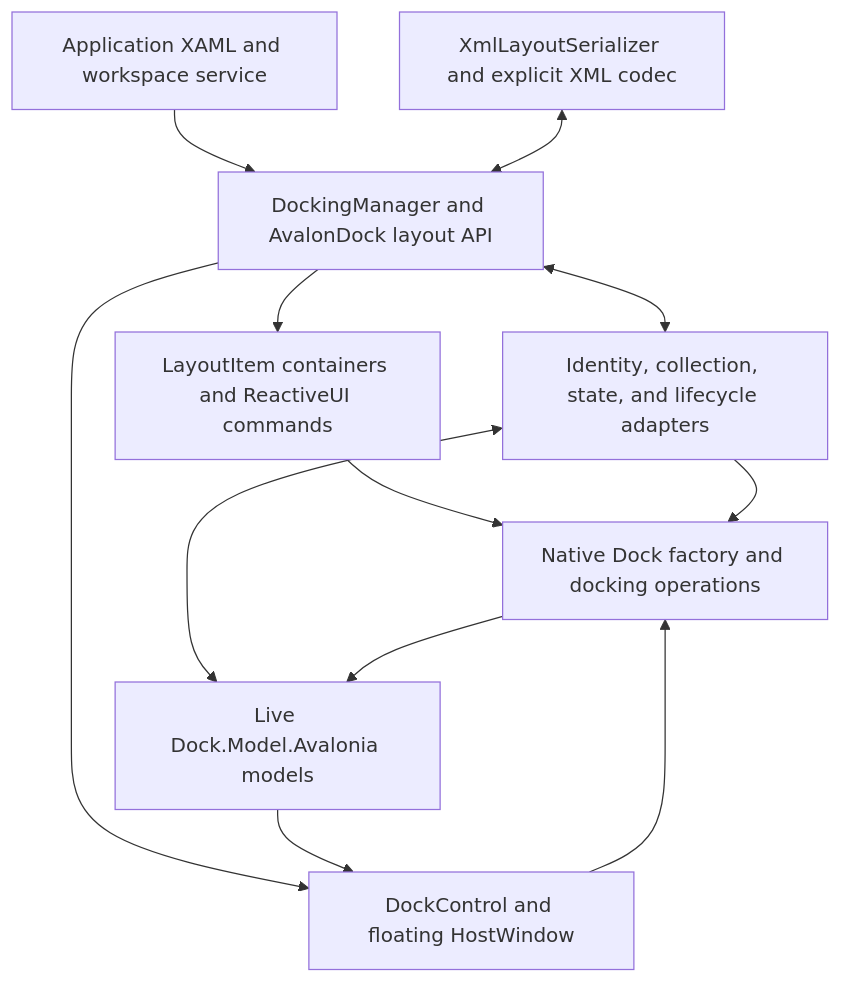
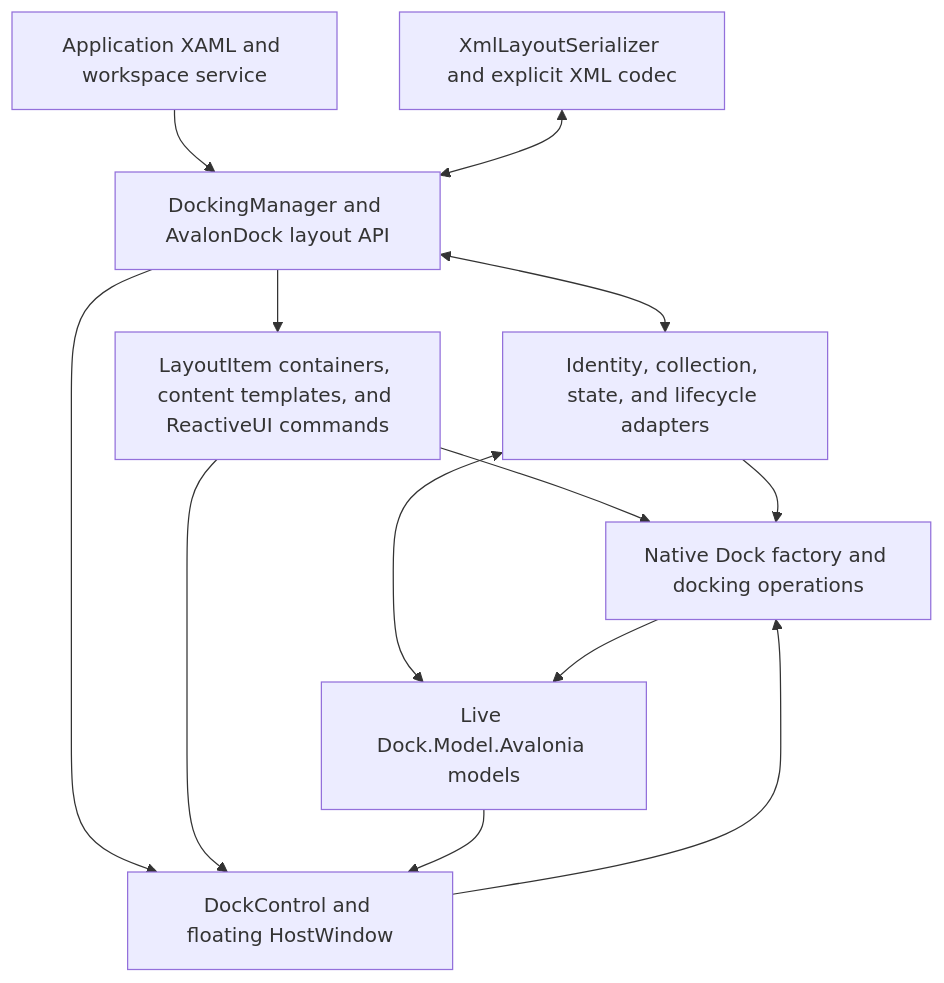
The diagram in src/Dock.Avalonia.AvalonDock/AVALONDOCK.md (wieslawsoltes/Dock), drawn with Mermaid before and after one commit. The commit also changed other lines of this file and 17 other files, not shown here.

Commit message:
Render native Dock content through AvalonDock item templates

````diff
--- a/src/Dock.Avalonia.AvalonDock/AVALONDOCK.md
+++ b/src/Dock.Avalonia.AvalonDock/AVALONDOCK.md
@@ -119,22 +130,23 @@
 ```mermaid
 flowchart TB
     App["Application XAML and workspace service"]
     Api["DockingManager and AvalonDock layout API"]
-    Items["LayoutItem containers and ReactiveUI commands"]
+    Items["LayoutItem containers, content templates, and ReactiveUI commands"]
     Bridge["Identity, collection, state, and lifecycle adapters"]
     Models["Live Dock.Model.Avalonia models"]
     Factory["Native Dock factory and docking operations"]
     View["DockControl and floating HostWindow"]
     Xml["XmlLayoutSerializer and explicit XML codec"]
     App --> Api
     Api --> Items
     Items --> Factory
     Api <--> Bridge
     Bridge <--> Models
     Bridge --> Factory
     Factory --> Models
     Api --> View
+    Items --> View
     Models --> View
     View --> Factory
     Xml <--> Api
 ```
````
